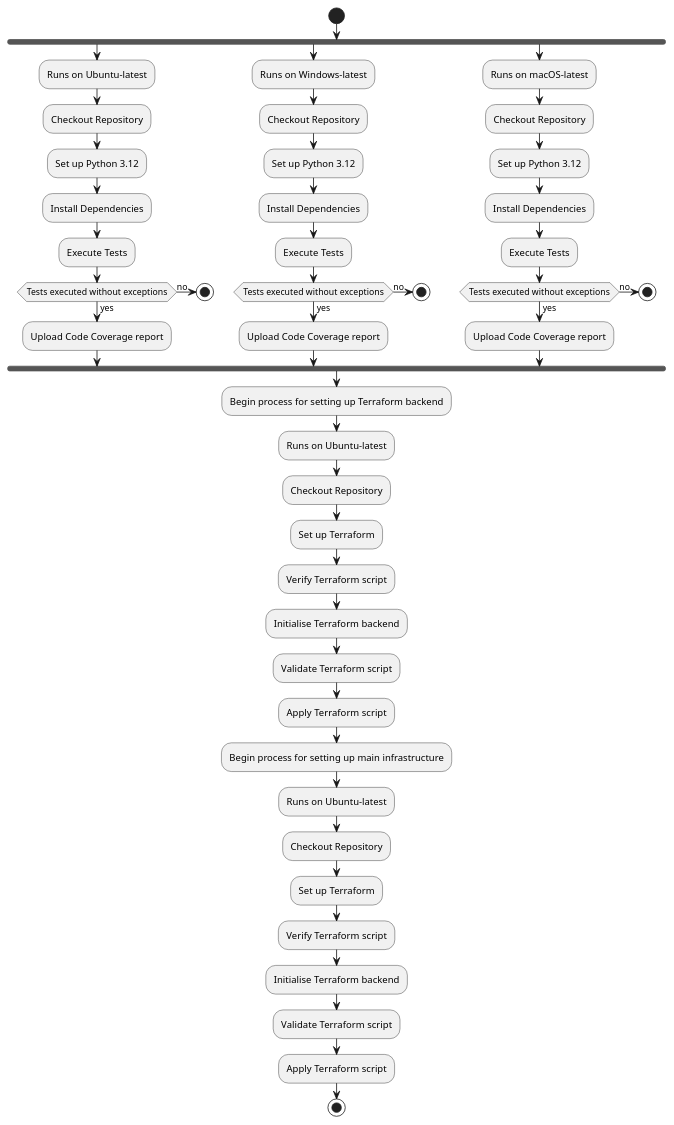
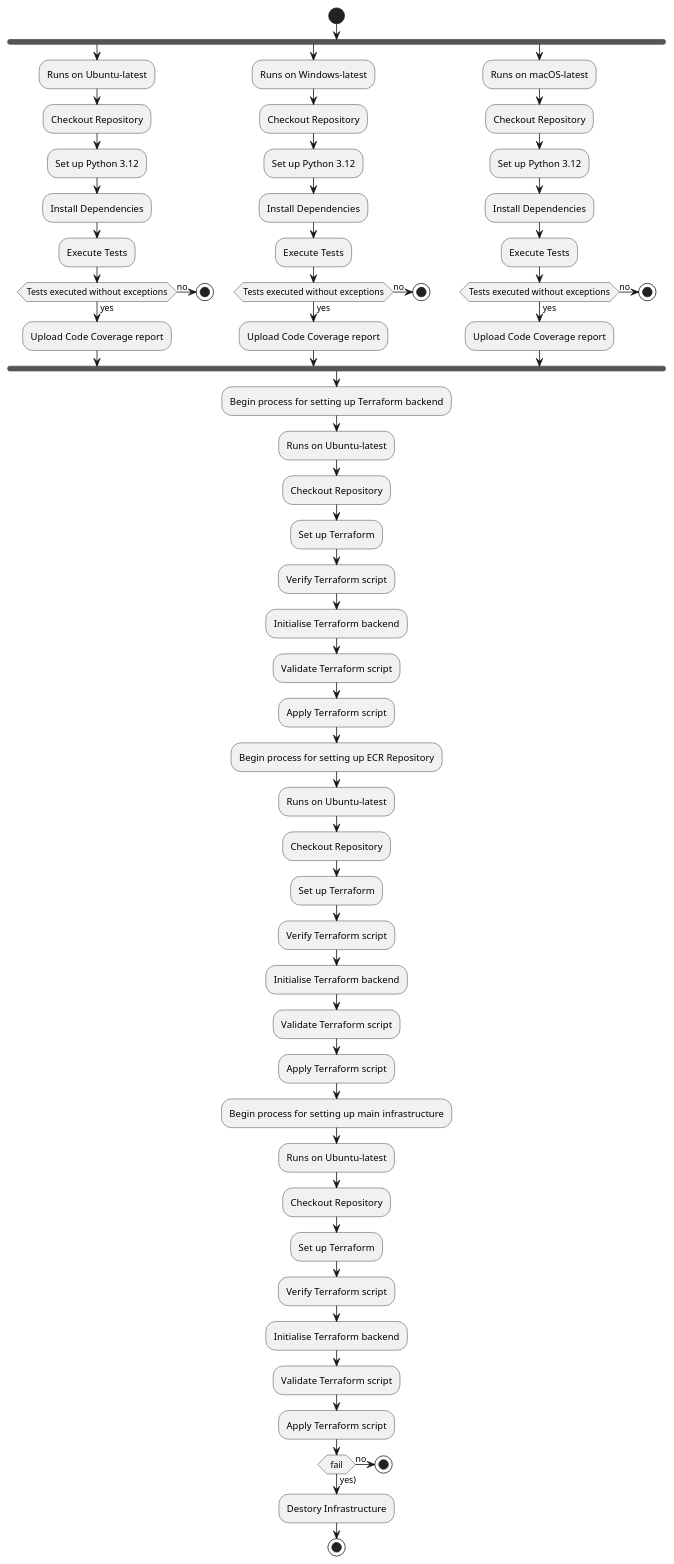
Before and after one commit to ssg-wsg/Sample-Codes: the diagram in SSG-API-Testing-Application-v2/docs/assets/developer-guide/CICDActivityDiagram.puml, drawn with PlantUML. The commit also changed 4 other files, not shown here.

Commit message:
Update Docs and Diagrams

```diff
--- a/SSG-API-Testing-Application-v2/docs/assets/developer-guide/CICDActivityDiagram.puml
+++ b/SSG-API-Testing-Application-v2/docs/assets/developer-guide/CICDActivityDiagram.puml
@@ -1,64 +1,79 @@
 @startuml
 start
 fork
 :Runs on Ubuntu-latest;
 :Checkout Repository;
 :Set up Python 3.12;
 :Install Dependencies;
 :Execute Tests;
 
 if (Tests executed without exceptions) then (yes)
     :Upload Code Coverage report;
 else (no)
     stop
 endif
 
 fork again
 :Runs on Windows-latest;
 :Checkout Repository;
 :Set up Python 3.12;
 :Install Dependencies;
 :Execute Tests;
 
 if (Tests executed without exceptions) then (yes)
     :Upload Code Coverage report;
 else (no)
     stop
 endif
 
 fork again
 :Runs on macOS-latest;
 :Checkout Repository;
 :Set up Python 3.12;
 :Install Dependencies;
 :Execute Tests;
 
 if (Tests executed without exceptions) then (yes)
     :Upload Code Coverage report;
 else (no)
     stop
 endif
 
 endfork
 
 :Begin process for setting up Terraform backend;
 :Runs on Ubuntu-latest;
 :Checkout Repository;
 :Set up Terraform;
 :Verify Terraform script;
 :Initialise Terraform backend;
 :Validate Terraform script;
 :Apply Terraform script;
 
+:Begin process for setting up ECR Repository;
+:Runs on Ubuntu-latest;
+:Checkout Repository;
+:Set up Terraform;
+:Verify Terraform script;
+:Initialise Terraform backend;
+:Validate Terraform script;
+:Apply Terraform script;
+
 :Begin process for setting up main infrastructure;
 :Runs on Ubuntu-latest;
 :Checkout Repository;
 :Set up Terraform;
 :Verify Terraform script;
 :Initialise Terraform backend;
 :Validate Terraform script;
 :Apply Terraform script;
+
+if (fail) then (yes))
+    :Destory Infrastructure;
+else (no)
+    stop
+endif
+
 stop
 
-
 @enduml
```
